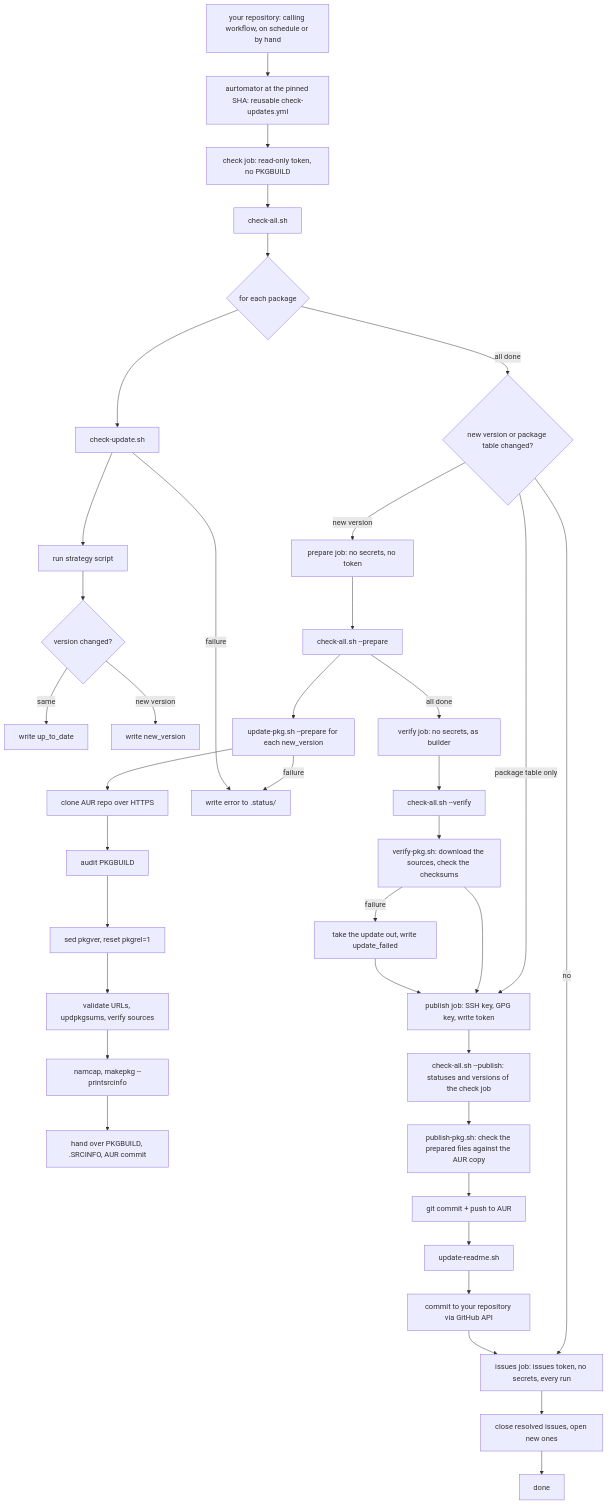
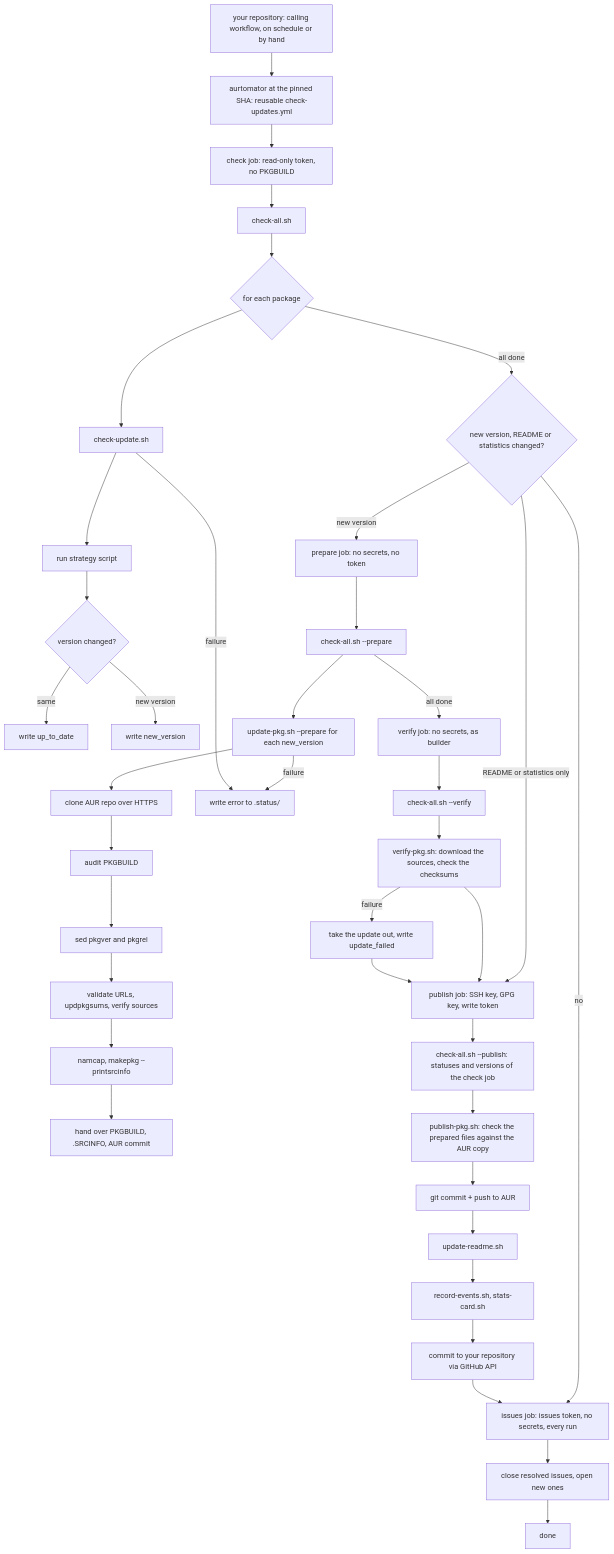
The diagram in docs/WORKFLOW.md (staticwire/aurtomator), drawn with Mermaid before and after one commit. The commit also changed other lines of this file and 17 other files, not shown here.

````diff
--- a/docs/WORKFLOW.md
+++ b/docs/WORKFLOW.md
@@ -27,40 +27,41 @@
 ```mermaid
 flowchart TD
     A[your repository: calling workflow, on schedule or by hand] --> A2[aurtomator at the pinned SHA: reusable check-updates.yml]
     A2 --> K[check job: read-only token, no PKGBUILD]
     K --> B[check-all.sh]
     B --> C{for each package}
     C --> D[check-update.sh]
     D --> E[run strategy script]
     E --> F{version changed?}
     F -->|same| G[write up_to_date]
     F -->|new version| G2[write new_version]
-    C -->|all done| W{new version or package table changed?}
+    C -->|all done| W{new version, README or statistics changed?}
     W -->|no| I
     W -->|new version| P[prepare job: no secrets, no token]
-    W -->|package table only| Q
+    W -->|README or statistics only| Q
     P --> B2[check-all.sh --prepare]
     B2 --> H[update-pkg.sh --prepare for each new_version]
     H --> H1[clone AUR repo over HTTPS]
     H1 --> H2[audit PKGBUILD]
-    H2 --> H3[sed pkgver, reset pkgrel=1]
+    H2 --> H3[sed pkgver and pkgrel]
     H3 --> H4[validate URLs, updpkgsums, verify sources]
     H4 --> H5[namcap, makepkg --printsrcinfo]
     H5 --> H6[hand over PKGBUILD, .SRCINFO, AUR commit]
     H -->|failure| J[write error to .status/]
     D -->|failure| J
     B2 -->|all done| V[verify job: no secrets, as builder]
     V --> V1[check-all.sh --verify]
     V1 --> V2[verify-pkg.sh: download the sources, check the checksums]
     V2 -->|failure| V3[take the update out, write update_failed]
     V2 --> Q[publish job: SSH key, GPG key, write token]
     V3 --> Q
     Q --> R[check-all.sh --publish: statuses and versions of the check job]
     R --> R2[publish-pkg.sh: check the prepared files against the AUR copy]
     R2 --> R3[git commit + push to AUR]
     R3 --> U[update-readme.sh]
-    U --> L[commit to your repository via GitHub API]
+    U --> S[record-events.sh, stats-card.sh]
+    S --> L[commit to your repository via GitHub API]
     L --> I[issues job: issues token, no secrets, every run]
     I --> N[close resolved issues, open new ones]
     N --> O[done]
 ```
````
